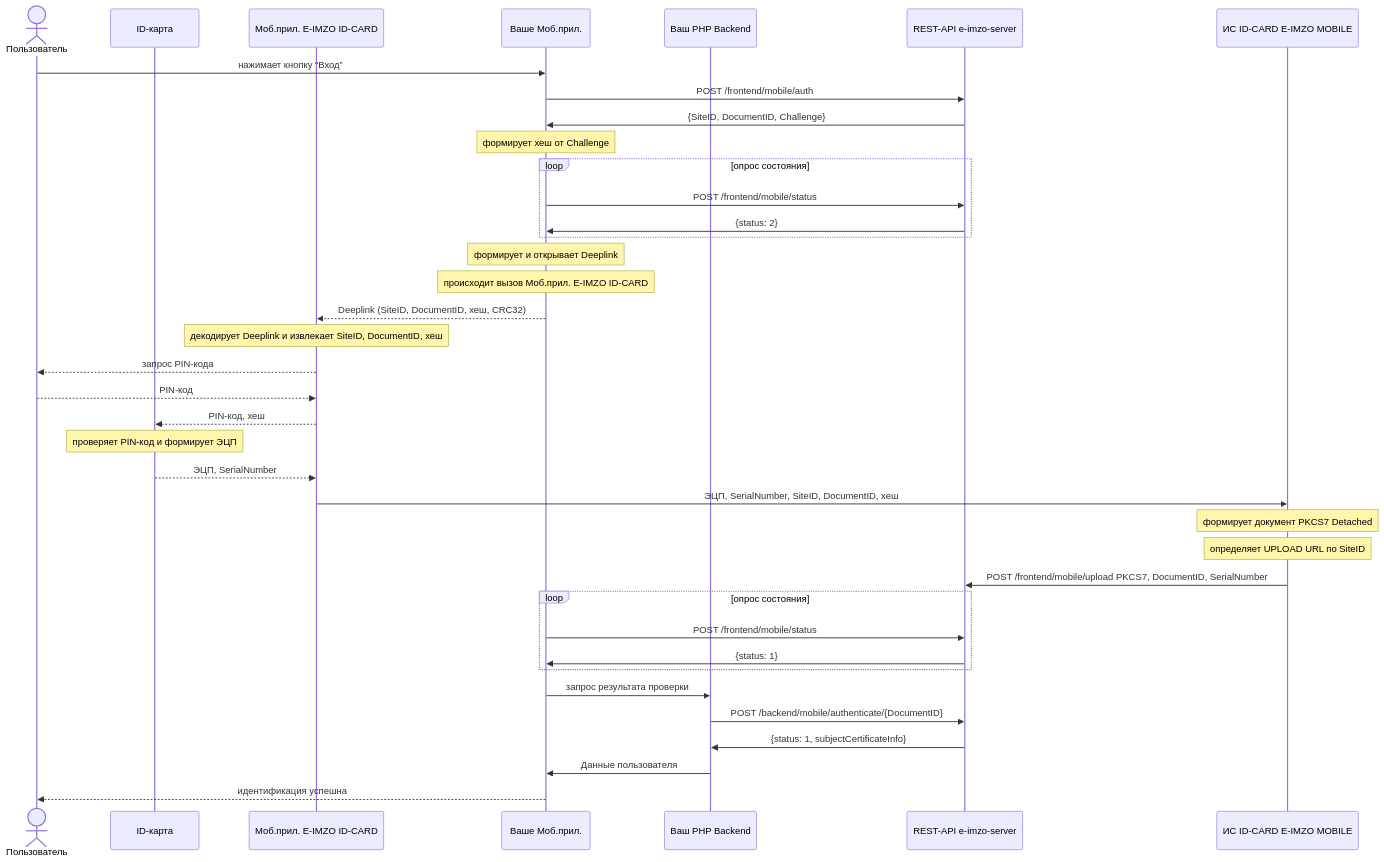
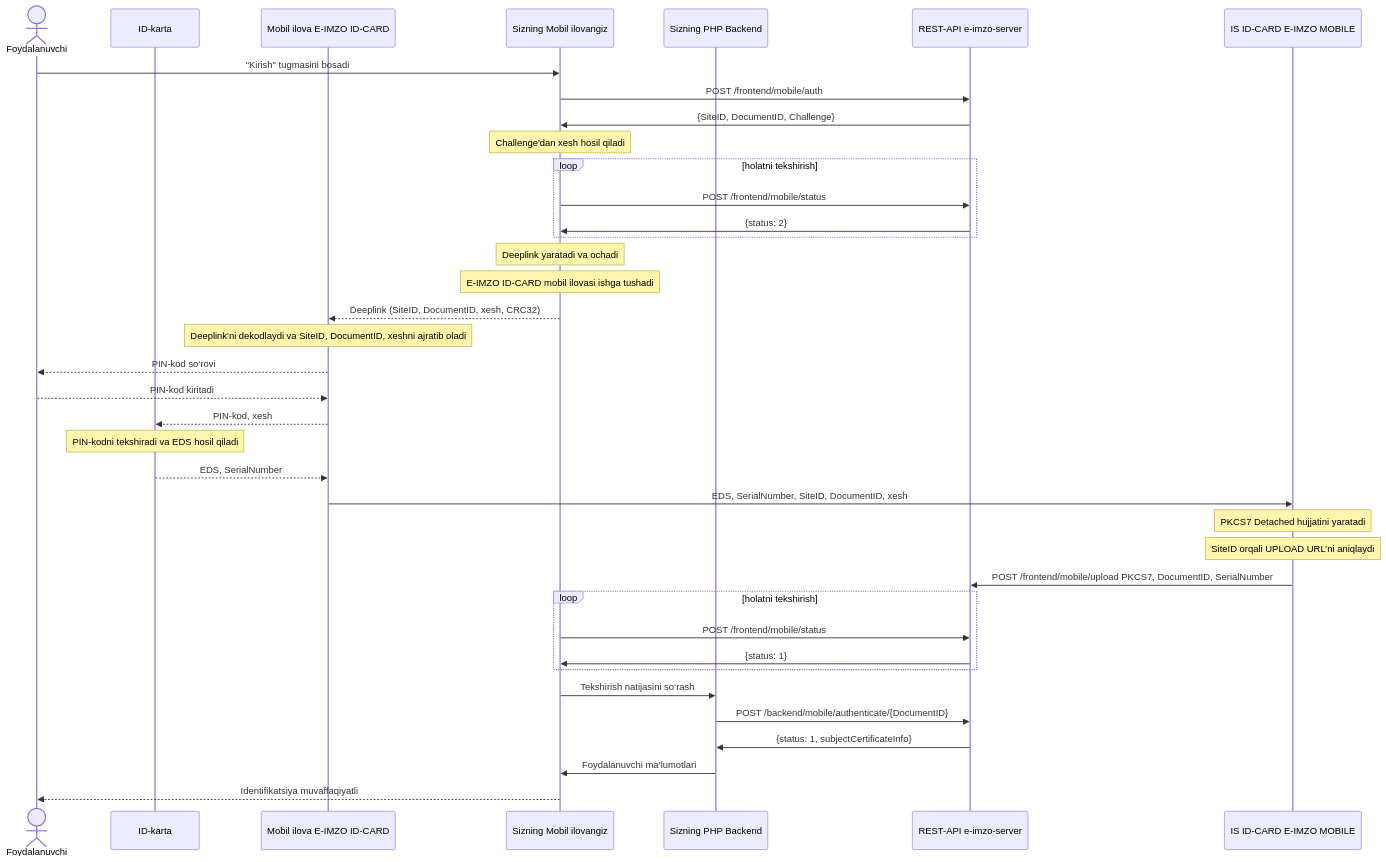
The third of 5 diagrams in README.md (qo0p/e-imzo-doc), drawn with Mermaid before and after one commit. The commit also changed other lines of this file, not shown here.

````diff
--- a/README.md
+++ b/README.md
@@ -860,42 +864,42 @@
 ```mermaid
 sequenceDiagram
-  actor user as Пользователь
-  participant idcard as ID-карта
-  participant eimzo as Моб.прил. E-IMZO ID-CARD
-  participant frontend as Ваше Моб.прил.
-  participant backend as Ваш PHP Backend
+  actor user as Foydalanuvchi
+  participant idcard as ID-karta
+  participant eimzo as Mobil ilova E-IMZO ID-CARD
+  participant frontend as Sizning Mobil ilovangiz
+  participant backend as Sizning PHP Backend
   participant rest as REST-API e-imzo-server
-  participant api as ИС ID-CARD E-IMZO MOBILE
-  
-  user ->> frontend: нажимает кнопку “Вход”
+  participant api as IS ID-CARD E-IMZO MOBILE
+
+  user ->> frontend: "Kirish" tugmasini bosadi
   frontend ->> rest: POST /frontend/mobile/auth
   rest ->> frontend: {SiteID, DocumentID, Challenge}
-  Note over frontend: формирует хеш от Challenge
-  loop опрос состояния
+  Note over frontend: Challenge'dan xesh hosil qiladi
+  loop holatni tekshirish
     frontend ->> rest: POST /frontend/mobile/status
     rest ->> frontend: {status: 2}
   end
-  Note over frontend: формирует и открывает Deeplink
-  Note over frontend: происходит вызов Моб.прил. E-IMZO ID-CARD
-  frontend -->> eimzo: Deeplink (SiteID, DocumentID, хеш, CRC32)
-  Note over eimzo: декодирует Deeplink и извлекает SiteID, DocumentID, хеш
-  eimzo -->> user: запрос PIN-кода
-  user -->> eimzo: PIN-код
-  eimzo -->> idcard: PIN-код, хеш
-  Note over idcard : проверяет PIN-код и формирует ЭЦП
-  idcard -->> eimzo: ЭЦП, SerialNumber
-  eimzo ->> api: ЭЦП, SerialNumber, SiteID, DocumentID, хеш
-  Note over api: формирует документ PKCS7 Detached
-  Note over api: определяет UPLOAD URL по SiteID
+  Note over frontend: Deeplink yaratadi va ochadi
+  Note over frontend: E-IMZO ID-CARD mobil ilovasi ishga tushadi
+  frontend -->> eimzo: Deeplink (SiteID, DocumentID, xesh, CRC32)
+  Note over eimzo: Deeplink'ni dekodlaydi va SiteID, DocumentID, xeshni ajratib oladi
+  eimzo -->> user: PIN-kod so‘rovi
+  user -->> eimzo: PIN-kod kiritadi
+  eimzo -->> idcard: PIN-kod, xesh
+  Note over idcard: PIN-kodni tekshiradi va EDS hosil qiladi
+  idcard -->> eimzo: EDS, SerialNumber
+  eimzo ->> api: EDS, SerialNumber, SiteID, DocumentID, xesh
+  Note over api: PKCS7 Detached hujjatini yaratadi
+  Note over api: SiteID orqali UPLOAD URL’ni aniqlaydi
   api ->> rest: POST /frontend/mobile/upload PKCS7, DocumentID, SerialNumber
-  loop опрос состояния
+  loop holatni tekshirish
     frontend ->> rest: POST /frontend/mobile/status
     rest ->> frontend: {status: 1}
   end
-  frontend ->> backend: запрос результата проверки
+  frontend ->> backend: Tekshirish natijasini so‘rash
   backend ->> rest: POST /backend/mobile/authenticate/{DocumentID}
   rest ->> backend: {status: 1, subjectCertificateInfo}
-  backend ->> frontend: Данные пользователя
-  frontend -->> user: идентификация успешна
+  backend ->> frontend: Foydalanuvchi ma’lumotlari
+  frontend -->> user: Identifikatsiya muvaffaqiyatli
 
 ```
````
